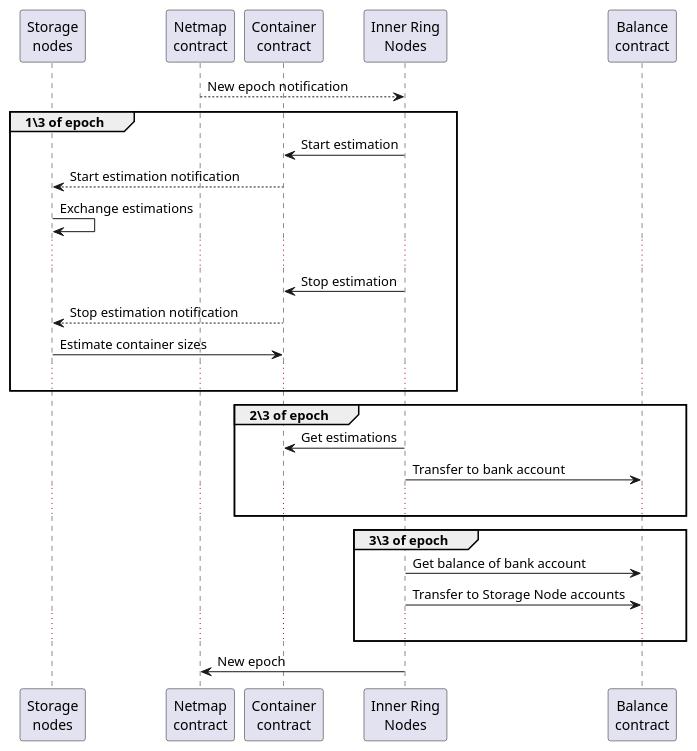
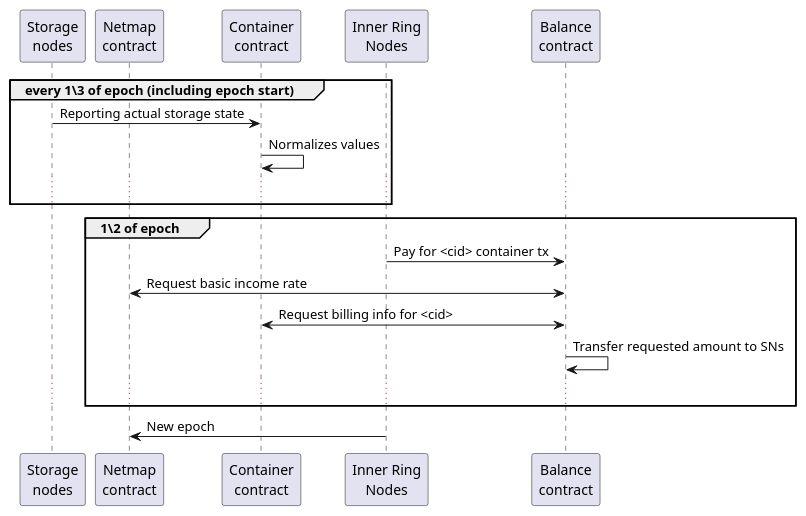
Before and after one commit to nspcc-dev/neofs-spec: the diagram in 08-incentive/pic/basic-income.puml, drawn with PlantUML. The commit also changed 9 other files, not shown here.

```diff
--- a/08-incentive/pic/basic-income.puml
+++ b/08-incentive/pic/basic-income.puml
@@ -1,33 +1,23 @@
 @startuml
 participant "Storage\nnodes" as sn
 participant "Netmap\ncontract" as netmap
 participant "Container\ncontract" as cnr
 participant "Inner Ring\nNodes" as ir
 participant "Balance\ncontract" as bln
 
-netmap --> ir: New epoch notification
-group 1\3 of epoch
-ir -> cnr: Start estimation
-cnr --> sn: Start estimation notification
-sn -> sn: Exchange estimations
-...
-ir -> cnr: Stop estimation
-cnr --> sn: Stop estimation notification
-sn -> cnr: Estimate container sizes
+group every 1\3 of epoch (including epoch start)
+sn -> cnr: Reporting actual storage state
+cnr -> cnr: Normalizes values
 ...
 end
 
-group 2\3 of epoch
-ir -> cnr: Get estimations
-ir -> bln: Transfer to bank account
-...
-end
-
-group 3\3 of epoch
-ir -> bln: Get balance of bank account
-ir -> bln: Transfer to Storage Node accounts
+group 1\2 of epoch
+ir -> bln: Pay for <cid> container tx
+bln <-> netmap: Request basic income rate
+bln <-> cnr: Request billing info for <cid>
+bln -> bln: Transfer requested amount to SNs
 ...
 end
 
 ir -> netmap: New epoch
 @enduml
```
